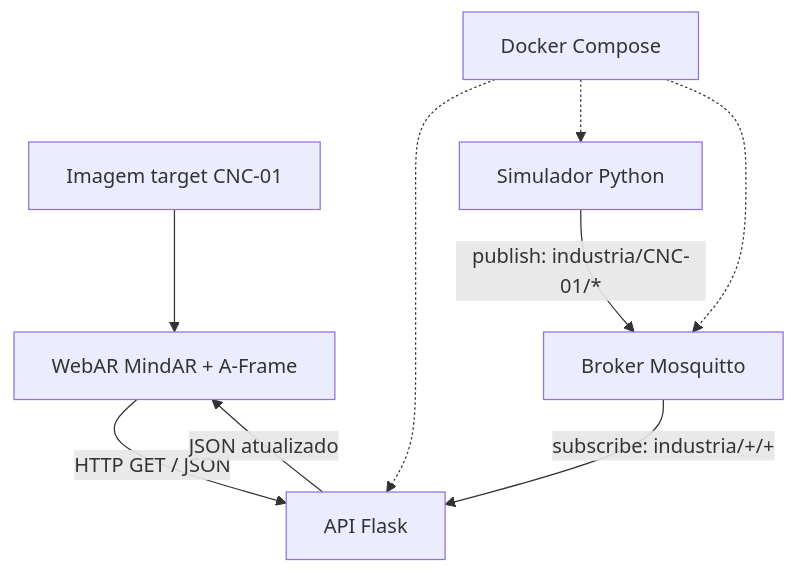
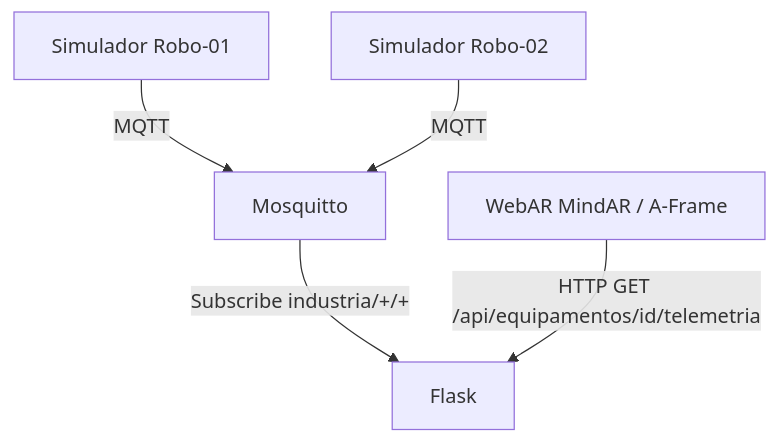
One commit to gok2001/industria-ra-cloud changed the diagram in docs/arquitetura.md. Above: the diagram before and after it, drawn with Mermaid. The commit also changed other lines of this file and 6 other files, not shown here.

````diff
--- a/docs/arquitetura.md
+++ b/docs/arquitetura.md
@@ -3,11 +3,7 @@
 ```mermaid
 flowchart TD
-  A[Imagem target CNC-01] --> B[WebAR MindAR + A-Frame]
-  B -->|HTTP GET / JSON| C[API Flask]
-  D[Simulador Python] -->|publish: industria/CNC-01/*| E[Broker Mosquitto]
-  E -->|subscribe: industria/+/+| C
-  C -->|JSON atualizado| B
-  F[Docker Compose] -.-> C
-  F -.-> D
-  F -.-> E
+  SIM1[Simulador Robo-01] -->|MQTT| M[Mosquitto]
+  SIM2[Simulador Robo-02] -->|MQTT| M
+  M -->|Subscribe industria/+/+| API[Flask]
+  WEB[WebAR MindAR / A-Frame] -->|HTTP GET /api/equipamentos/id/telemetria| API
 ```
````
